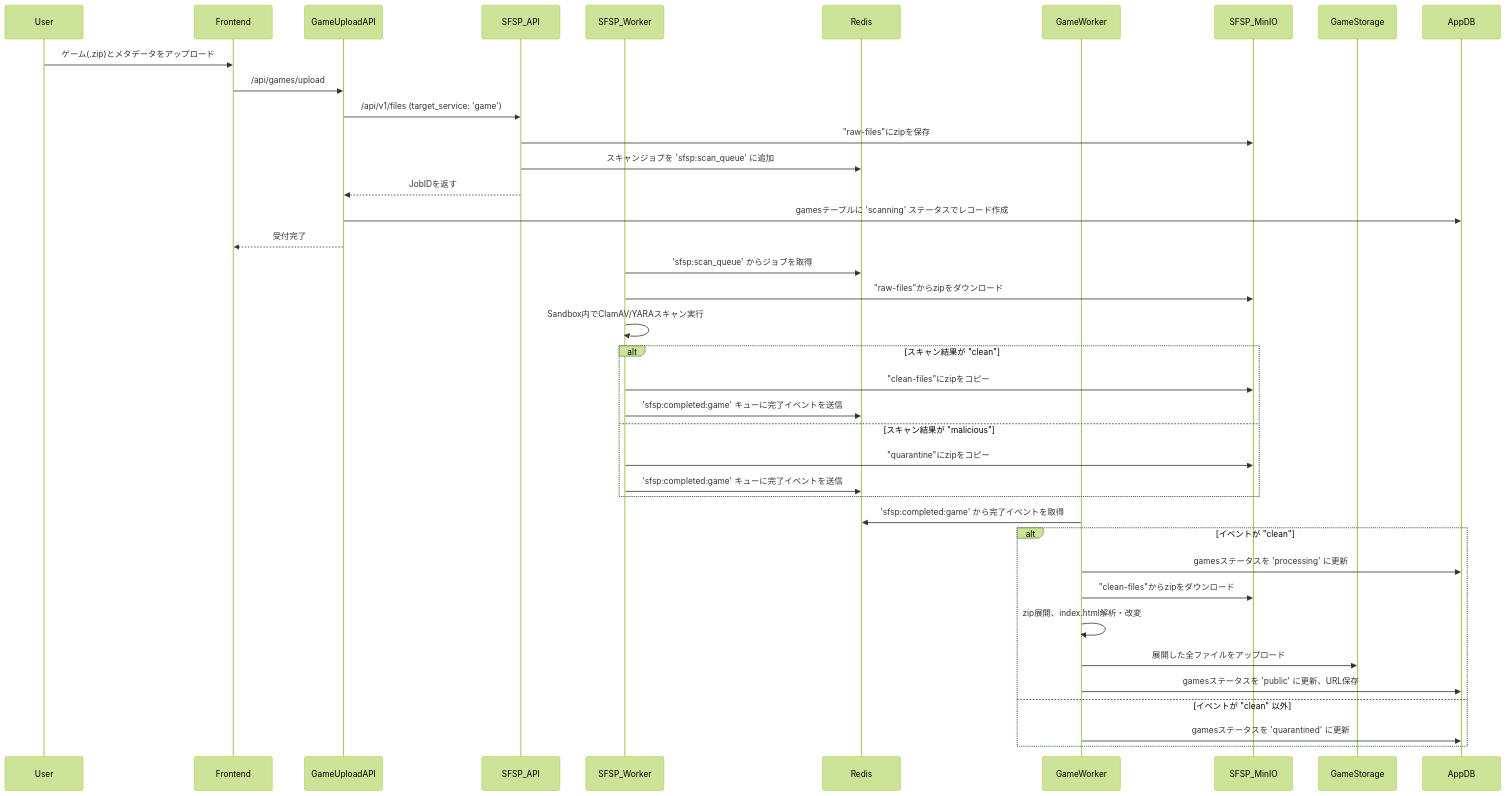
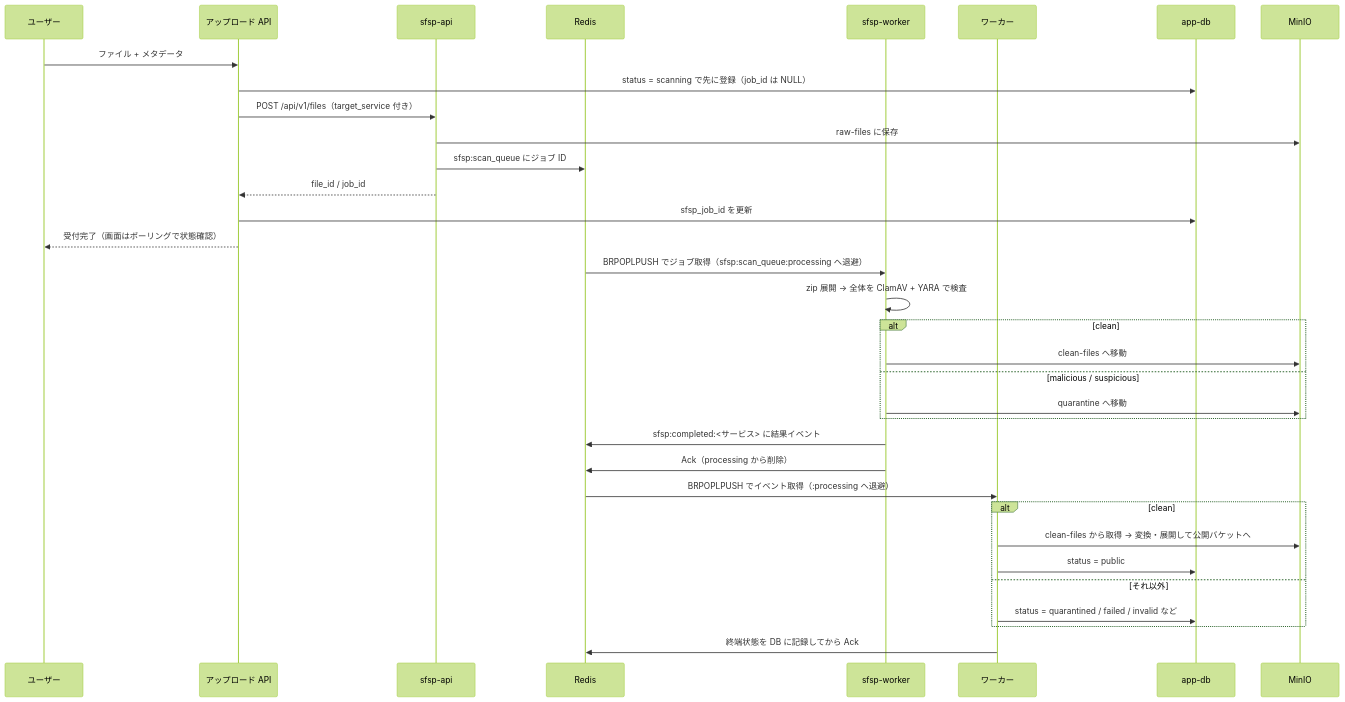
One commit to TARS8000/Atomosidea changed the second of 2 diagrams in README.md. Above: the diagram before and after it, drawn with Mermaid (forest theme). The commit also changed other lines of this file and 103 other files, not shown here.

````diff
--- a/README.md
+++ b/README.md
@@ -462,42 +236,39 @@
 ```mermaid
 sequenceDiagram
-    participant User
-    participant Frontend
-    participant GameUploadAPI
-    participant SFSP_API
-    participant SFSP_Worker
-    participant Redis
-    participant GameWorker
-    participant SFSP_MinIO
-    participant GameStorage
-    participant AppDB
+    participant U as ユーザー
+    participant API as アップロード API
+    participant SA as sfsp-api
+    participant R as Redis
+    participant SW as sfsp-worker
+    participant W as ワーカー
+    participant DB as app-db
+    participant S as MinIO
 
-    User->>Frontend: ゲーム(.zip)とメタデータをアップロード
-    Frontend->>GameUploadAPI: /api/games/upload
-    GameUploadAPI->>SFSP_API: /api/v1/files (target_service: 'game')
-    SFSP_API->>SFSP_MinIO: "raw-files"にzipを保存
-    SFSP_API->>Redis: スキャンジョブを 'sfsp:scan_queue' に追加
-    SFSP_API-->>GameUploadAPI: JobIDを返す
-    GameUploadAPI->>AppDB: gamesテーブルに 'scanning' ステータスでレコード作成
-    GameUploadAPI-->>Frontend: 受付完了
-    SFSP_Worker->>Redis: 'sfsp:scan_queue' からジョブを取得
-    SFSP_Worker->>SFSP_MinIO: "raw-files"からzipをダウンロード
-    SFSP_Worker->>SFSP_Worker: Sandbox内でClamAV/YARAスキャン実行
-    alt スキャン結果が "clean"
-        SFSP_Worker->>SFSP_MinIO: "clean-files"にzipをコピー
-        SFSP_Worker->>Redis: 'sfsp:completed:game' キューに完了イベントを送信
-    else スキャン結果が "malicious"
-        SFSP_Worker->>SFSP_MinIO: "quarantine"にzipをコピー
-        SFSP_Worker->>Redis: 'sfsp:completed:game' キューに完了イベントを送信
+    U->>API: ファイル + メタデータ
+    API->>DB: status = scanning で先に登録（job_id は NULL）
+    API->>SA: POST /api/v1/files（target_service 付き）
+    SA->>S: raw-files に保存
+    SA->>R: sfsp:scan_queue にジョブ ID
+    SA-->>API: file_id / job_id
+    API->>DB: sfsp_job_id を更新
+    API-->>U: 受付完了（画面はポーリングで状態確認）
+
+    R->>SW: BRPOPLPUSH でジョブ取得（sfsp:scan_queue:processing へ退避）
+    SW->>SW: zip 展開 → 全体を ClamAV + YARA で検査
+    alt clean
+        SW->>S: clean-files へ移動
+    else malicious / suspicious
+        SW->>S: quarantine へ移動
     end
-    GameWorker->>Redis: 'sfsp:completed:game' から完了イベントを取得
-    alt イベントが "clean"
-        GameWorker->>AppDB: gamesステータスを 'processing' に更新
-        GameWorker->>SFSP_MinIO: "clean-files"からzipをダウンロード
-        GameWorker->>GameWorker: zip展開、index.html解析・改変
-        GameWorker->>GameStorage: 展開した全ファイルをアップロード
-        GameWorker->>AppDB: gamesステータスを 'public' に更新、URL保存
-    else イベントが "clean" 以外
-        GameWorker->>AppDB: gamesステータスを 'quarantined' に更新
+    SW->>R: sfsp:completed:<サービス> に結果イベント
+    SW->>R: Ack（processing から削除）
+
+    R->>W: BRPOPLPUSH でイベント取得（:processing へ退避）
+    alt clean
+        W->>S: clean-files から取得 → 変換・展開して公開バケットへ
+        W->>DB: status = public
+    else それ以外
+        W->>DB: status = quarantined / failed / invalid など
     end
+    W->>R: 終端状態を DB に記録してから Ack
 ```
````
